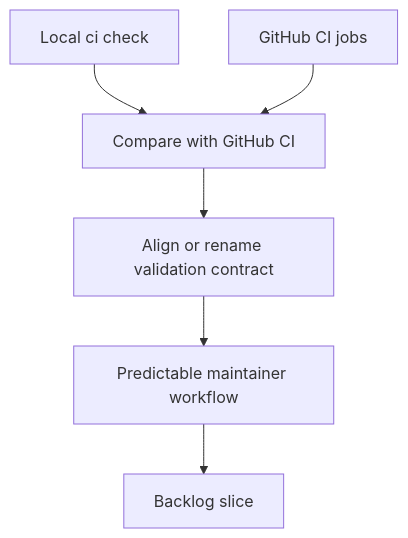
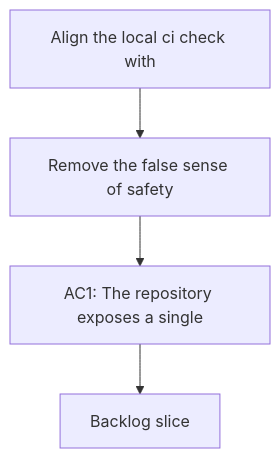
The diagram in logics/request/req_108_align_the_local_ci_check_with_the_full_repository_ci_contract.md (AlexAgo83/logics-manager), drawn with Mermaid before and after one commit. The commit also changed other lines of this file and 481 other files, not shown here.

````diff
--- a/logics/request/req_108_align_the_local_ci_check_with_the_full_repository_ci_contract.md
+++ b/logics/request/req_108_align_the_local_ci_check_with_the_full_repository_ci_contract.md
@@ -25,10 +25,8 @@
 ```mermaid
 %% logics-kind: request
 %% logics-signature: request|align-the-local-ci-check-with-the-full-r|remove-the-false-sense-of-safety|ac1-the-repository-exposes-a-single
 flowchart TD
-    Local[Local ci check] --> Compare[Compare with GitHub CI]
-    Remote[GitHub CI jobs] --> Compare
-    Compare --> Contract[Align or rename validation contract]
-    Contract --> Predictable[Predictable maintainer workflow]
-    Predictable --> Backlog[Backlog slice]
+    Trigger[Align the local ci check with] --> Need[Remove the false sense of safety]
+    Need --> Outcome[AC1: The repository exposes a single]
+    Outcome --> Backlog[Backlog slice]
 ```
````
